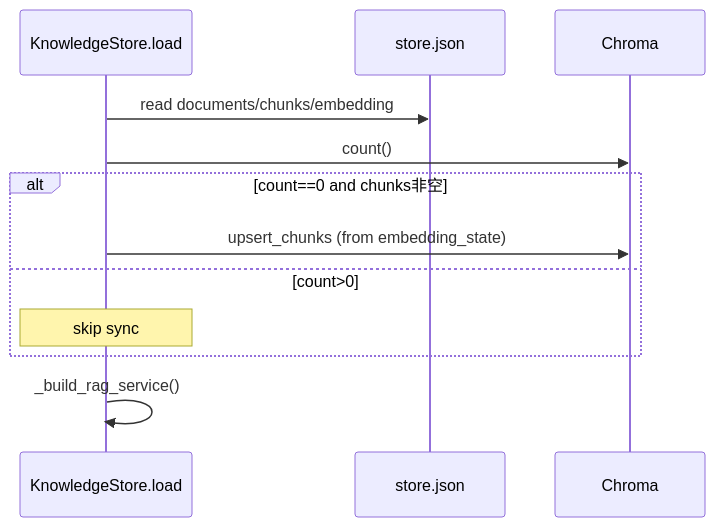
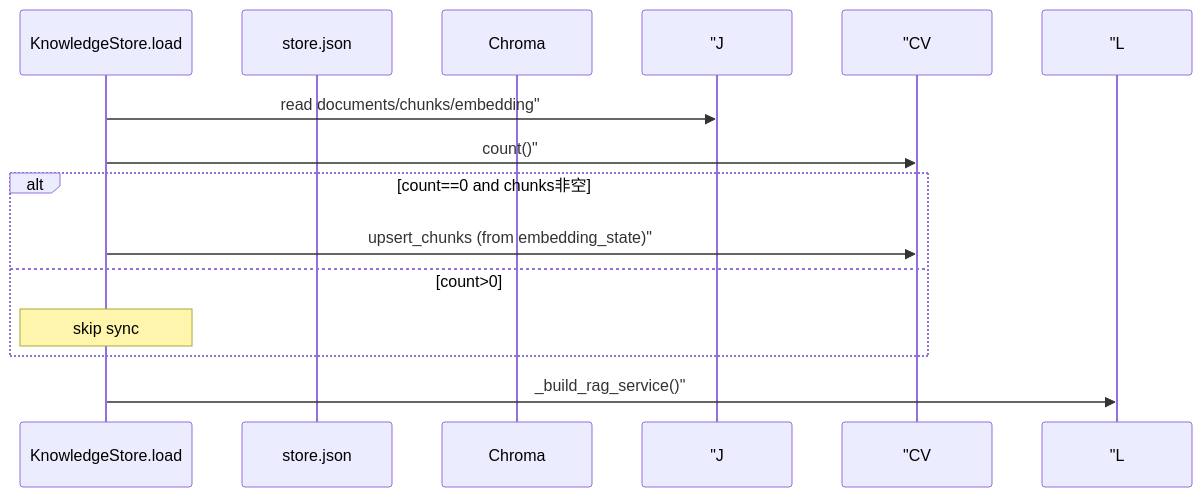
Before and after one commit to ab6539763/70_days_course_plus: the third of 5 diagrams in course/day29/03_架构设计.md, drawn with Mermaid. The commit also changed other lines of this file and 128 other files, not shown here.

First line of the commit message:
fix(course): repair day31-37 diagrams, titles, and missing content

````diff
--- a/course/day29/03_架构设计.md
+++ b/course/day29/03_架构设计.md
@@ -73,14 +73,14 @@
 ```mermaid
 sequenceDiagram
     participant L as KnowledgeStore.load
     participant J as store.json
     participant CV as Chroma
-  L->>J: read documents/chunks/embedding
-    L->>CV: count()
+  L->> "J: read documents/chunks/embedding"
+    L->> "CV: count()"
     alt count==0 and chunks非空
-        L->>CV: upsert_chunks (from embedding_state)
+        L->> "CV: upsert_chunks (from embedding_state)"
     else count>0
         Note over L: skip sync
     end
-    L->>L: _build_rag_service()
+    L->> "L: _build_rag_service()"
 ```
````
